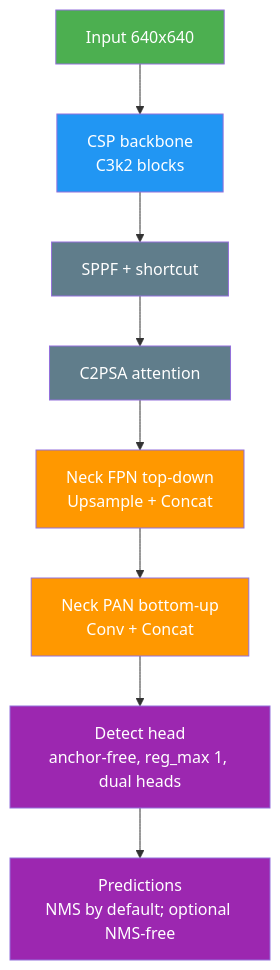
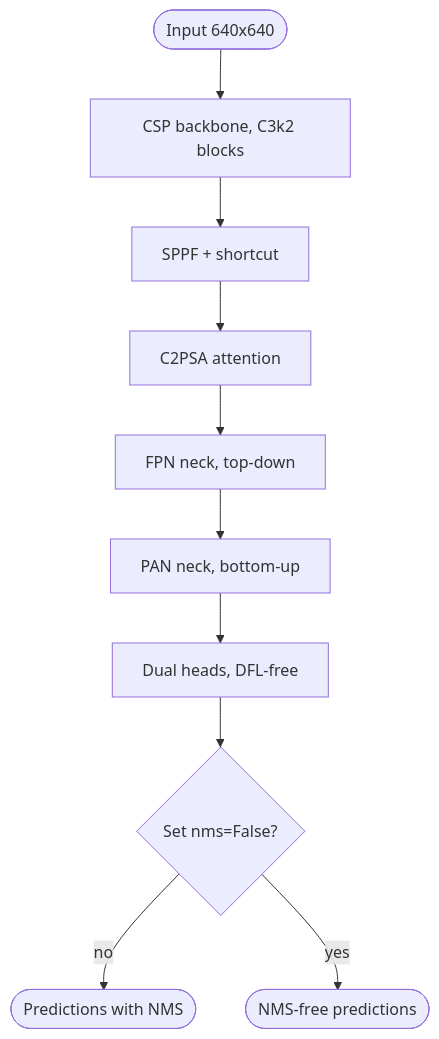
One commit to ultralytics/ultralytics changed the fifth of 5 diagrams in docs/en/guides/yolo-architecture.md. Above: the diagram before and after it, drawn with Mermaid. The commit also changed other lines of this file and 20 other files, not shown here.

Commit message:
Migrate docs Mermaid diagrams to the unified design system (#26573)

````diff
--- a/docs/en/guides/yolo-architecture.md
+++ b/docs/en/guides/yolo-architecture.md
@@ -99,15 +79,12 @@
     ```mermaid
     flowchart TD
-        IN[Input 640x640]:::start --> BB[CSP backbone<br/>C3k2 blocks]:::proc
-        BB --> SP[SPPF + shortcut]:::extern
-        SP --> PSA[C2PSA attention]:::extern
-        PSA --> FPN[Neck FPN top-down<br/>Upsample + Concat]:::decide
-        FPN --> PAN[Neck PAN bottom-up<br/>Conv + Concat]:::decide
-        PAN --> HD[Detect head<br/>anchor-free, reg_max 1, dual heads]:::out
-        HD --> O[Predictions<br/>NMS by default; optional NMS-free]:::out
-        classDef start fill:#4CAF50,color:#fff
-        classDef proc fill:#2196F3,color:#fff
-        classDef decide fill:#FF9800,color:#fff
-        classDef out fill:#9C27B0,color:#fff
-        classDef extern fill:#607D8B,color:#fff
+        IN([Input 640x640]) --> BB["CSP backbone, C3k2 blocks"]
+        BB --> SP[SPPF + shortcut]
+        SP --> PSA[C2PSA attention]
+        PSA --> FPN["FPN neck, top-down"]
+        FPN --> PAN["PAN neck, bottom-up"]
+        PAN --> HD["Dual heads, DFL-free"]
+        HD --> Q{"Set nms=False?"}
+        Q -->|no| O1([Predictions with NMS])
+        Q -->|yes| O2([NMS-free predictions])
     ```
````
